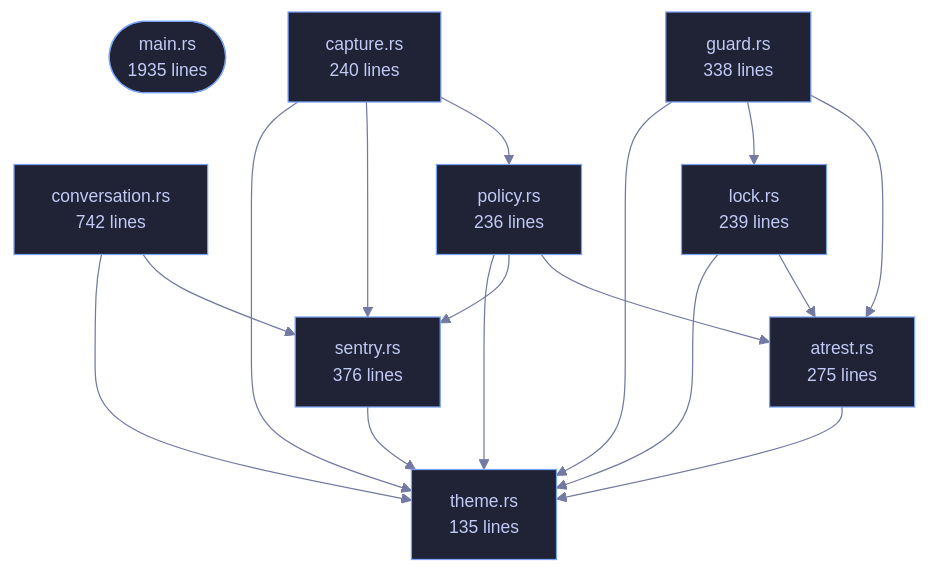
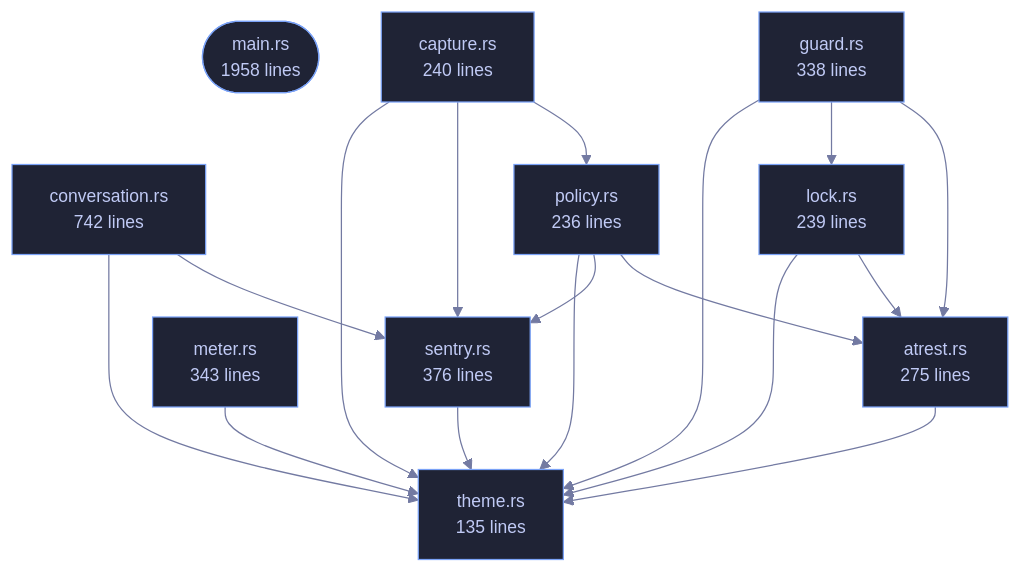
The diagram in wiki/Crate-veilvoice-cli.md (tilas01/veilvoice), drawn with Mermaid before and after one commit. The commit also changed other lines of this file and 20 other files, not shown here.

````diff
--- a/wiki/Crate-veilvoice-cli.md
+++ b/wiki/Crate-veilvoice-cli.md
@@ -84,37 +84,40 @@
 ```mermaid
 %%{init: {"theme":"base","themeVariables":{"background":"#1a1b26","primaryColor":"#1f2335","primaryTextColor":"#c0caf5","primaryBorderColor":"#7aa2f7","secondaryColor":"#16161e","tertiaryColor":"#16161e","lineColor":"#737aa2","textColor":"#c0caf5","mainBkg":"#1f2335","nodeBorder":"#7aa2f7","clusterBkg":"#16161e","clusterBorder":"#2f3549","fontFamily":"ui-monospace, SFMono-Regular, Consolas, monospace","fontSize":"14px"}}}%%
 flowchart TD
-    n_main(["main.rs<br/>1935 lines"])
+    n_main(["main.rs<br/>1958 lines"])
     n_atrest["atrest.rs<br/>275 lines"]
     n_capture["capture.rs<br/>240 lines"]
     n_conversation["conversation.rs<br/>742 lines"]
     n_guard["guard.rs<br/>338 lines"]
     n_lock["lock.rs<br/>239 lines"]
+    n_meter["meter.rs<br/>343 lines"]
     n_policy["policy.rs<br/>236 lines"]
     n_sentry["sentry.rs<br/>376 lines"]
     n_theme["theme.rs<br/>135 lines"]
     n_atrest --> n_theme
     n_capture --> n_policy
     n_capture --> n_sentry
     n_capture --> n_theme
     n_conversation --> n_sentry
     n_conversation --> n_theme
     n_guard --> n_atrest
     n_guard --> n_lock
     n_guard --> n_theme
     n_lock --> n_atrest
     n_lock --> n_theme
+    n_meter --> n_theme
     n_policy --> n_atrest
     n_policy --> n_sentry
     n_policy --> n_theme
     n_sentry --> n_theme
     click n_main href "https://github.com/tilas01/veilvoice/blob/main/crates/veilvoice-cli/src/main.rs" "open the source"
     click n_atrest href "https://github.com/tilas01/veilvoice/blob/main/crates/veilvoice-cli/src/atrest.rs" "open the source"
     click n_capture href "https://github.com/tilas01/veilvoice/blob/main/crates/veilvoice-cli/src/capture.rs" "open the source"
     click n_conversation href "https://github.com/tilas01/veilvoice/blob/main/crates/veilvoice-cli/src/conversation.rs" "open the source"
     click n_guard href "https://github.com/tilas01/veilvoice/blob/main/crates/veilvoice-cli/src/guard.rs" "open the source"
     click n_lock href "https://github.com/tilas01/veilvoice/blob/main/crates/veilvoice-cli/src/lock.rs" "open the source"
+    click n_meter href "https://github.com/tilas01/veilvoice/blob/main/crates/veilvoice-cli/src/meter.rs" "open the source"
     click n_policy href "https://github.com/tilas01/veilvoice/blob/main/crates/veilvoice-cli/src/policy.rs" "open the source"
     click n_sentry href "https://github.com/tilas01/veilvoice/blob/main/crates/veilvoice-cli/src/sentry.rs" "open the source"
     click n_theme href "https://github.com/tilas01/veilvoice/blob/main/crates/veilvoice-cli/src/theme.rs" "open the source"
 ```
````
